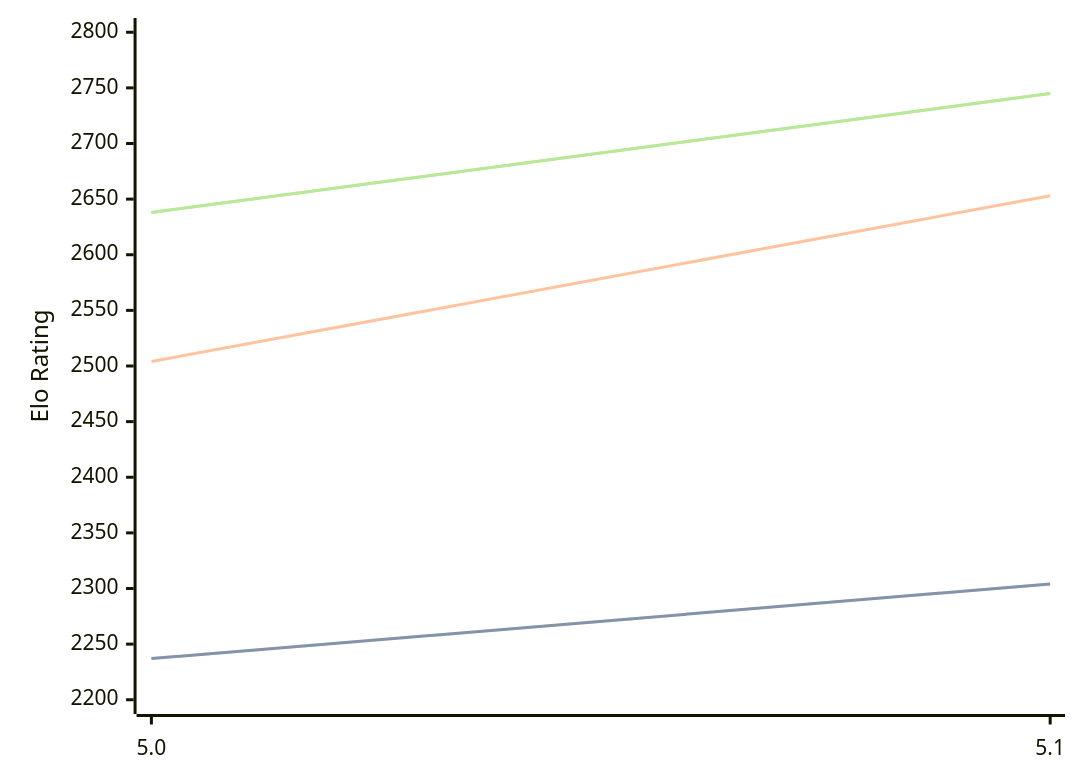
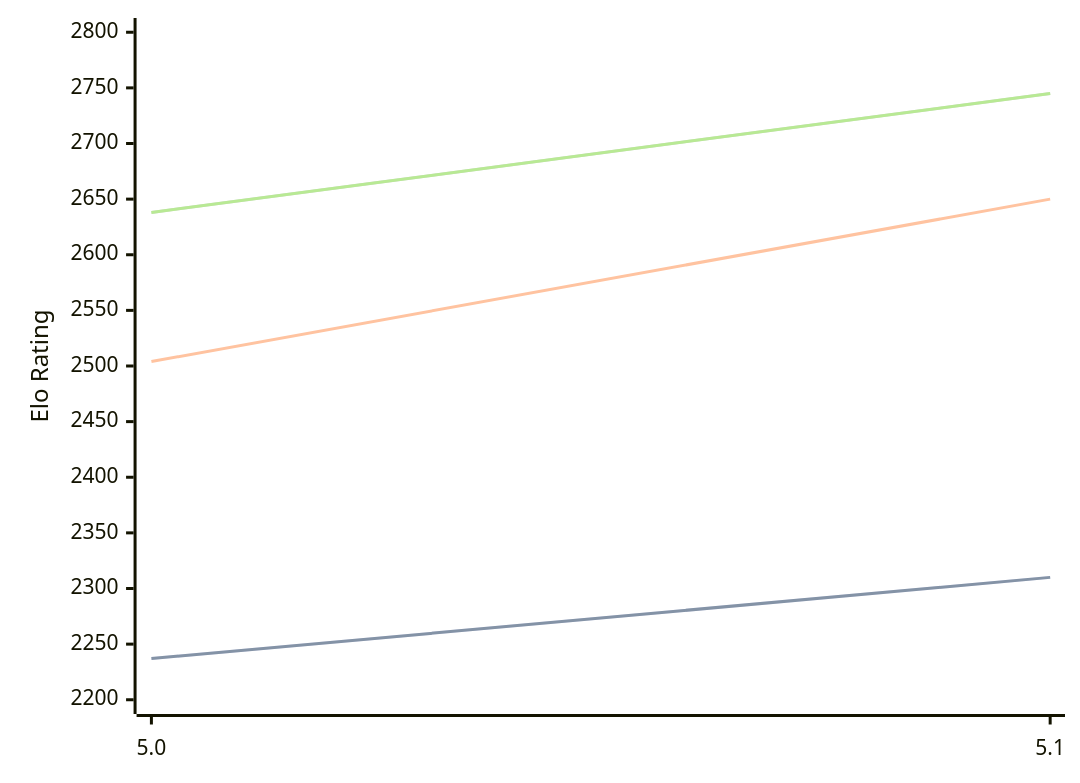
One commit to computer-chess-index/cci changed the diagram in engines/Dorky.md. Above: the diagram before and after it, drawn with Mermaid. The commit also changed other lines of this file, not shown here.

````diff
--- a/engines/Dorky.md
+++ b/engines/Dorky.md
@@ -32,11 +32,11 @@
 ```mermaid
 %%{init: {"theme":"base","themeVariables":{"seriesColors:['#a3a3a3','#222221','#faa371']}}}%%
 xychart-beta
   x-axis ["5.0", "5.1"]
   y-axis "Elo Rating" 2200 --> 2800
-  line "STC (8.0+0.08s)" [2237, 2304]
-  line "STC (8.0+0.08s)" [2237, 2304]
-  line "LTC (60.0+0.60s)" [2504, 2653]
+  line "STC (8.0+0.08s)" [2237, 2310]
+  line "STC (8.0+0.08s)" [2237, 2310]
+  line "LTC (60.0+0.60s)" [2504, 2650]
   line "VLTC (2m24s+1.12s)" [2638, 2745]
   line "VLTC (2m24s+1.12s)" [2638, 2745]
 ```
````
